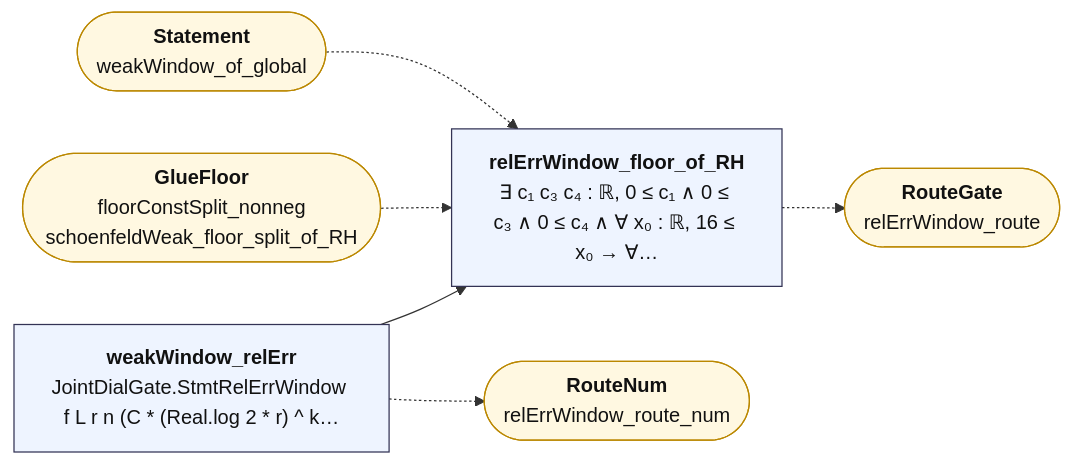
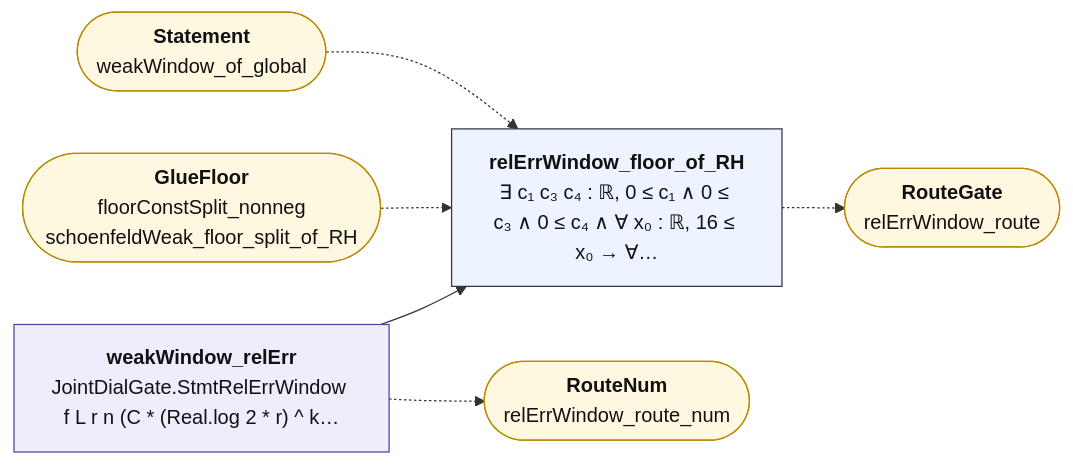
The diagram in map/lean_stage3/JointFloorGate.md (juliansambranojr/Primebeat_081426), drawn with Mermaid before and after one commit. The commit also changed other lines of this file and 398 other files, not shown here.

````diff
--- a/map/lean_stage3/JointFloorGate.md
+++ b/map/lean_stage3/JointFloorGate.md
@@ -12,19 +12,22 @@
 ```mermaid
 flowchart LR
-  n0["<b>weakWindow_relErr</b><br/>JointDialGate.StmtRelErrWindow f L r n (C * (Real.log 2 * r) ^ k…"]:::thm
+  n0["<b>weakWindow_relErr</b><br/>JointDialGate.StmtRelErrWindow f L r n (C * (Real.log 2 * r) ^ k…"]:::shp
   n1["<b>relErrWindow_floor_of_RH</b><br/>∃ c₁ c₃ c₄ : ℝ, 0 ≤ c₁ ∧ 0 ≤ c₃ ∧ 0 ≤ c₄ ∧ ∀ x₀ : ℝ, 16 ≤ x₀ → ∀…"]:::thm
   x0(["<b>RouteNum</b><br/>relErrWindow_route_num"]):::ext
   x1(["<b>GlueFloor</b><br/>floorConstSplit_nonneg<br/>schoenfeldWeak_floor_split_of_RH"]):::ext
   x2(["<b>Statement</b><br/>weakWindow_of_global"]):::ext
   x3(["<b>RouteGate</b><br/>relErrWindow_route"]):::ext
   n0 --> n1
   n0 -.-> x0
   n1 -.-> x3
   x1 -.-> n1
   x2 -.-> n1
+  classDef cnt fill:#dff5ec,stroke:#17694a,color:#111
+  classDef shp fill:#f1ecfb,stroke:#5b3fa0,color:#111
+  classDef rh fill:#ffe5e5,stroke:#c22,color:#111,stroke-width:2px
   classDef thm fill:#eef4ff,stroke:#335,color:#111
   classDef end_ fill:#e7f7e7,stroke:#2a7,color:#111,stroke-width:2px
   classDef lone fill:#fff,stroke:#999,color:#111,stroke-dasharray:4 3
   classDef bad fill:#ffe5e5,stroke:#c22,color:#111,stroke-width:2px
   classDef ext fill:#fff8e1,stroke:#b80,color:#111
 ```
````
